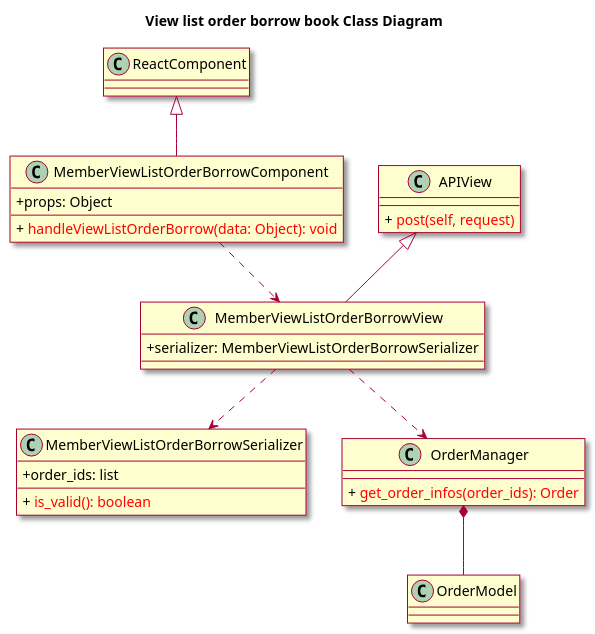
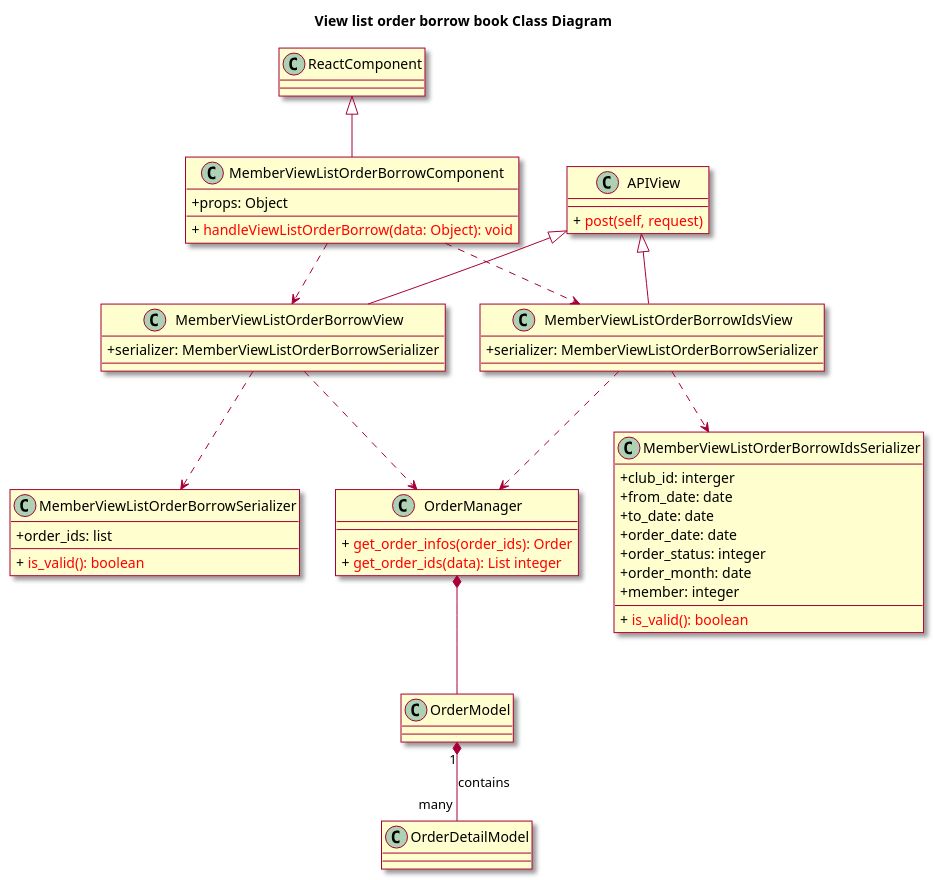
Before and after one commit to ljttl3q04t/Book-Over-There: the diagram in uml/class-view-list-order-borrow-book.wsd, drawn with PlantUML. The commit also changed 1 other file, not shown here.

```diff
--- a/uml/class-view-list-order-borrow-book.wsd
+++ b/uml/class-view-list-order-borrow-book.wsd
@@ -1,39 +1,60 @@
 @startuml
 skin rose
 skinparam classAttributeIconSize 0
 
 title View list order borrow book Class Diagram
 class ReactComponent
 
 class MemberViewListOrderBorrowComponent {
 	+ props: Object
 	+ {method} <color:red> handleViewListOrderBorrow(data: Object): void
 }
 
 class MemberViewListOrderBorrowView {
 	+ serializer: MemberViewListOrderBorrowSerializer
 }
 
+class MemberViewListOrderBorrowIdsView {
+	+ serializer: MemberViewListOrderBorrowSerializer
+}
+
 class APIView {
 	+ {method} <color:red> post(self, request)
 }
 
 class MemberViewListOrderBorrowSerializer {
 	+  order_ids: list
 	+ {method} <color:red> is_valid(): boolean
 }
-
+class MemberViewListOrderBorrowIdsSerializer {
+	+  club_id: interger
+	+  from_date: date
+	+  to_date: date
+	+  order_date: date
+	+  order_status: integer
+	+  order_month: date
+	+  member: integer
+	+ {method} <color:red> is_valid(): boolean
+}
 class OrderManager {
 	+ {method} <color:red> get_order_infos(order_ids): Order
+	+ {method} <color:red> get_order_ids(data): List integer
 }
 
 class OrderModel {
 }
+class OrderDetailModel {
+}
 
 ReactComponent <|-- MemberViewListOrderBorrowComponent
 APIView <|-- MemberViewListOrderBorrowView
+APIView <|-- MemberViewListOrderBorrowIdsView
 MemberViewListOrderBorrowComponent ..> MemberViewListOrderBorrowView
+MemberViewListOrderBorrowComponent ..> MemberViewListOrderBorrowIdsView
+MemberViewListOrderBorrowIdsView ..> MemberViewListOrderBorrowIdsSerializer
+MemberViewListOrderBorrowIdsView ..> OrderManager
 MemberViewListOrderBorrowView ..> MemberViewListOrderBorrowSerializer
 MemberViewListOrderBorrowView ..> OrderManager
 OrderManager *-- OrderModel
+OrderModel "1" *-- "many" OrderDetailModel : contains
 @enduml
```
